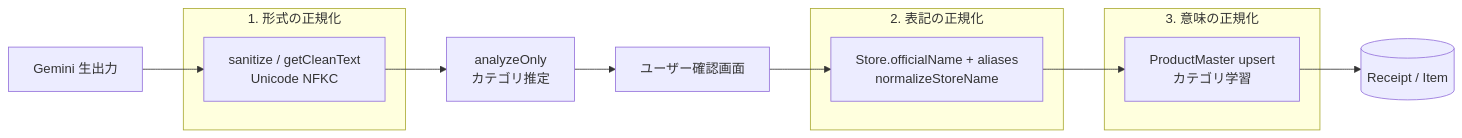
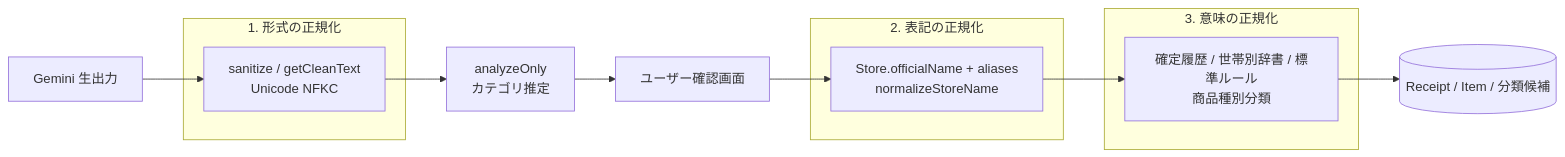
Before and after one commit to yama180sx/receipt-ai-app: the first of 3 diagrams in docs/design/ai-pipeline.md, drawn with Mermaid. The commit also changed other lines of this file and 13 other files, not shown here.

````diff
--- a/docs/design/ai-pipeline.md
+++ b/docs/design/ai-pipeline.md
@@ -56,21 +56,21 @@
 ```mermaid
 flowchart LR
     subgraph layer1 [1. 形式の正規化]
         NFKC["sanitize / getCleanText<br/>Unicode NFKC"]
     end
 
     subgraph layer2 [2. 表記の正規化]
         Store["Store.officialName + aliases<br/>normalizeStoreName"]
     end
 
     subgraph layer3 [3. 意味の正規化]
-        PM["ProductMaster upsert<br/>カテゴリ学習"]
+        Classification["確定履歴 / 世帯別辞書 / 標準ルール<br/>商品種別分類"]
     end
 
     Gemini[Gemini 生出力] --> NFKC
     NFKC --> Analyze[analyzeOnly<br/>カテゴリ推定]
     Analyze --> Confirm[ユーザー確認画面]
     Confirm --> Store
-    Store --> PM
-    PM --> DB[(Receipt / Item)]
+    Store --> Classification
+    Classification --> DB[(Receipt / Item / 分類候補)]
 ```
````
